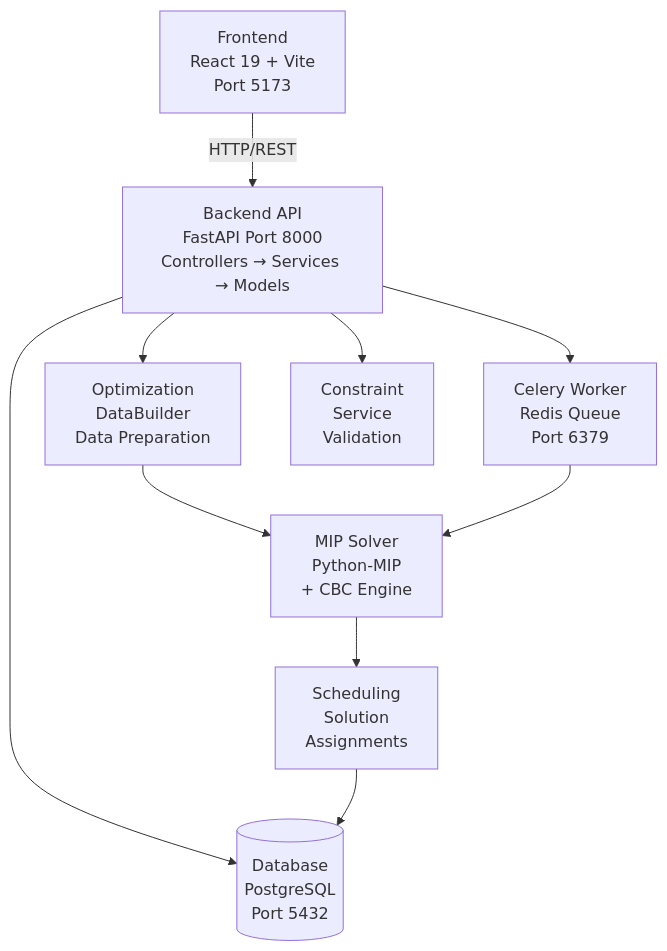
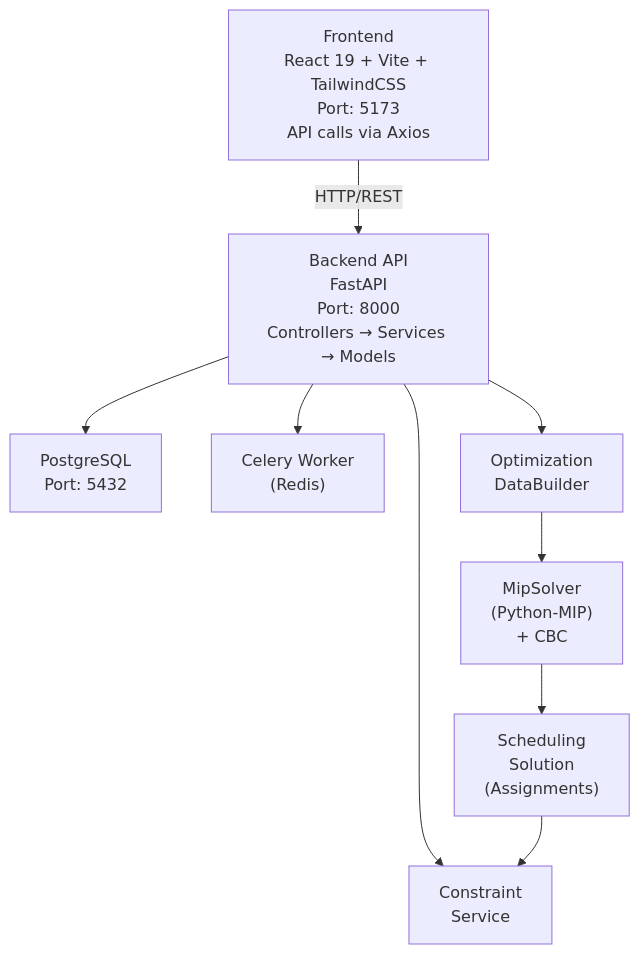
One commit to AlonLivne007/smart-scheduling changed the second of 5 diagrams in PRESENTATION.md. Above: the diagram before and after it, drawn with Mermaid. The commit also changed other lines of this file, not shown here.

````diff
--- a/PRESENTATION.md
+++ b/PRESENTATION.md
@@ -162,20 +153,25 @@
 ```mermaid
 graph TD
-    Frontend["Frontend<br/>React 19 + Vite<br/>Port 5173"] -->|HTTP/REST| Backend
-    Backend["Backend API<br/>FastAPI Port 8000<br/>Controllers → Services → Models"] --> DB
-    Backend --> Celery
-    Backend --> OptData
-    Backend --> Constraint
-    
-    DB[("Database<br/>PostgreSQL<br/>Port 5432")]
-    Celery["Celery Worker<br/>Redis Queue<br/>Port 6379"]
-    OptData["Optimization<br/>DataBuilder<br/>Data Preparation"]
-    Constraint["Constraint<br/>Service<br/>Validation"]
-    
-    OptData --> MipSolver
-    Celery --> MipSolver
-    
-    MipSolver["MIP Solver<br/>Python-MIP<br/>+ CBC Engine"]
-    MipSolver --> Solution["Scheduling<br/>Solution<br/>Assignments"]
-    Solution --> DB
+    Frontend["Frontend<br/>React 19 + Vite + TailwindCSS<br/>Port: 5173<br/>API calls via Axios"]
+
+    Backend["Backend API<br/>FastAPI<br/>Port: 8000<br/>Controllers → Services → Models"]
+
+    DB["PostgreSQL<br/>Port: 5432"]
+    CeleryWorker["Celery Worker<br/>(Redis)"]
+    DataBuilder["Optimization<br/>DataBuilder"]
+    ConstraintService["Constraint<br/>Service"]
+
+    MIPSolver["MipSolver<br/>(Python-MIP)<br/>+ CBC"]
+
+    Solution["Scheduling<br/>Solution<br/>(Assignments)"]
+
+    Frontend -->|HTTP/REST| Backend
+    Backend --> DB
+    Backend --> CeleryWorker
+    Backend --> DataBuilder
+    Backend --> ConstraintService
+
+    DataBuilder --> MIPSolver
+    MIPSolver --> Solution
+    Solution --> ConstraintService
 ```
````
